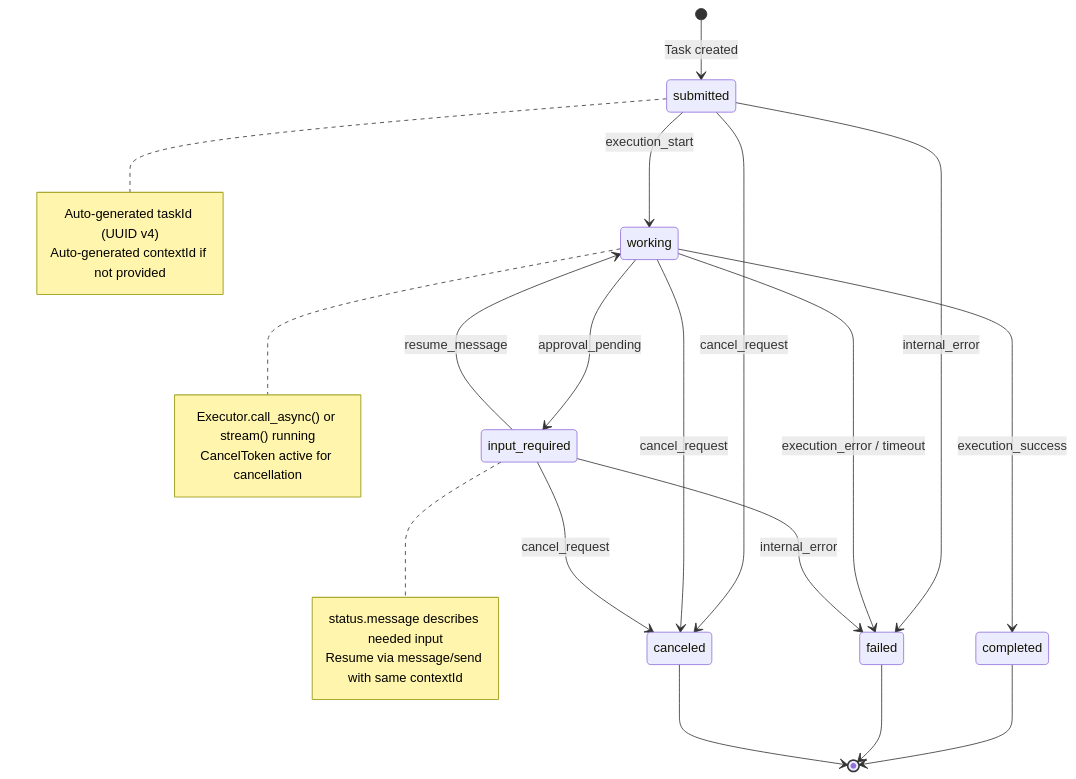
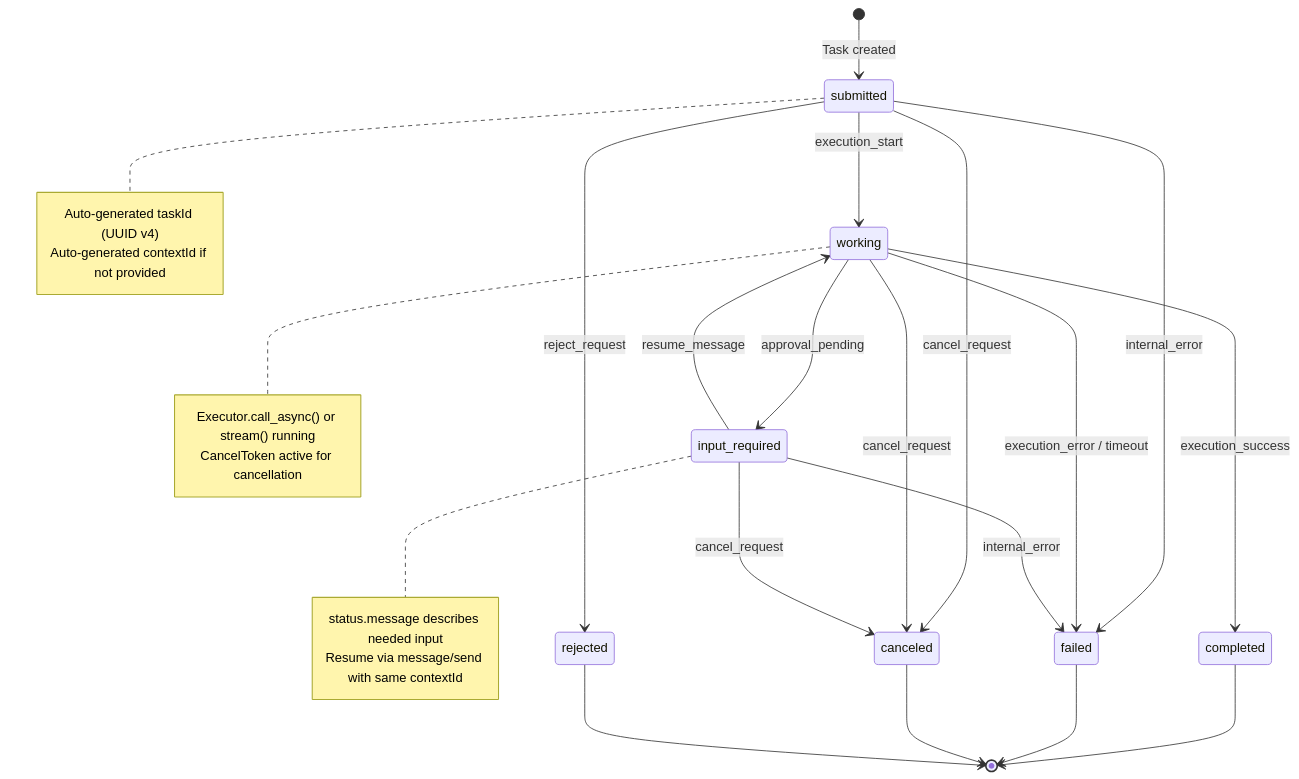
Before and after one commit to aiperceivable/apcore-a2a: the fourth of 10 diagrams in docs/spec/tech-design.md, drawn with Mermaid. The commit also changed other lines of this file and 6 other files, not shown here.

````diff
--- a/docs/spec/tech-design.md
+++ b/docs/spec/tech-design.md
@@ -1836,36 +1858,38 @@
 ```mermaid
 stateDiagram-v2
     [*] --> submitted : Task created
 
     submitted --> working : execution_start
     submitted --> canceled : cancel_request
     submitted --> failed : internal_error
+    submitted --> rejected : reject_request
 
     working --> completed : execution_success
     working --> failed : execution_error / timeout
     working --> canceled : cancel_request
     working --> input_required : approval_pending
 
     input_required --> working : resume_message
     input_required --> canceled : cancel_request
     input_required --> failed : internal_error
 
     completed --> [*]
     failed --> [*]
     canceled --> [*]
+    rejected --> [*]
 
     note right of submitted
         Auto-generated taskId (UUID v4)
         Auto-generated contextId if not provided
     end note
 
     note right of input_required
         status.message describes needed input
         Resume via message/send with same contextId
     end note
 
     note right of working
         Executor.call_async() or stream() running
         CancelToken active for cancellation
     end note
 ```
````
